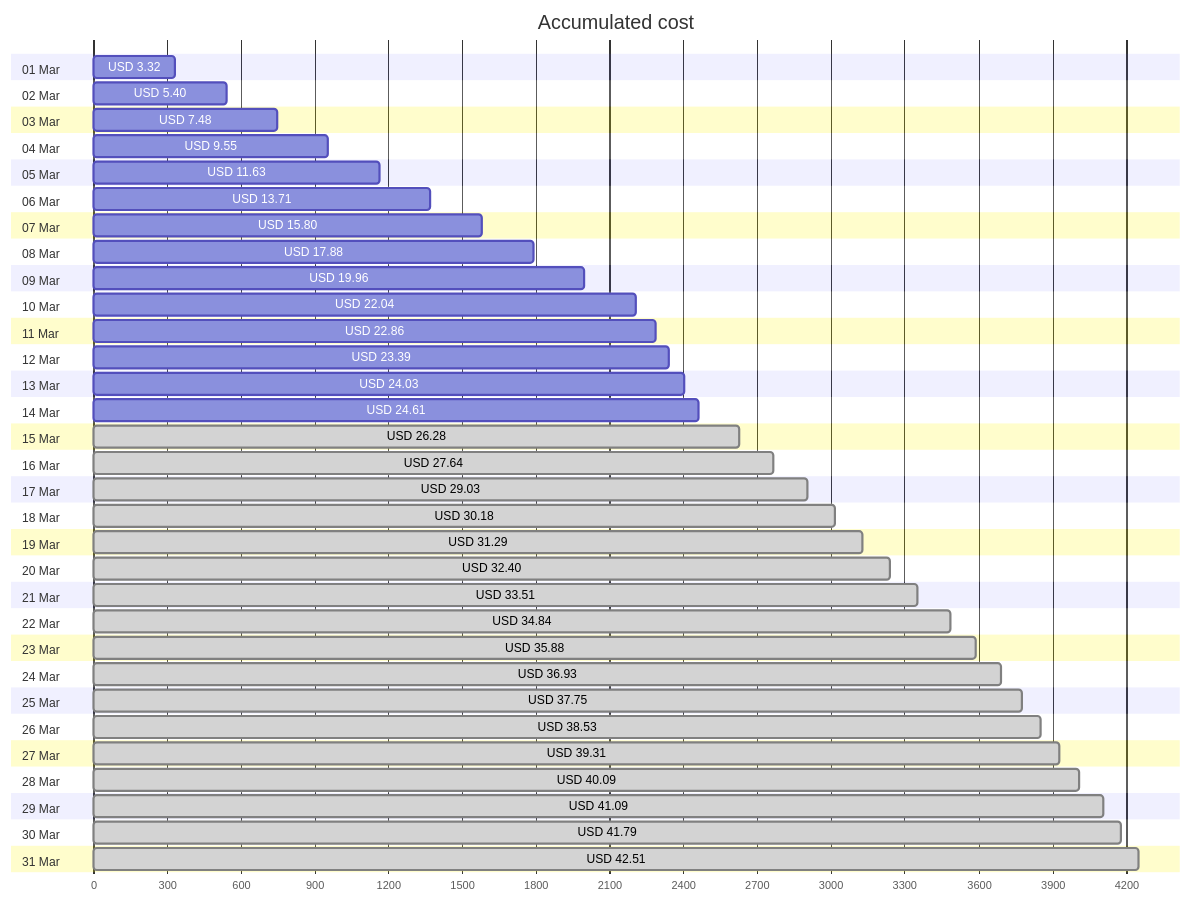
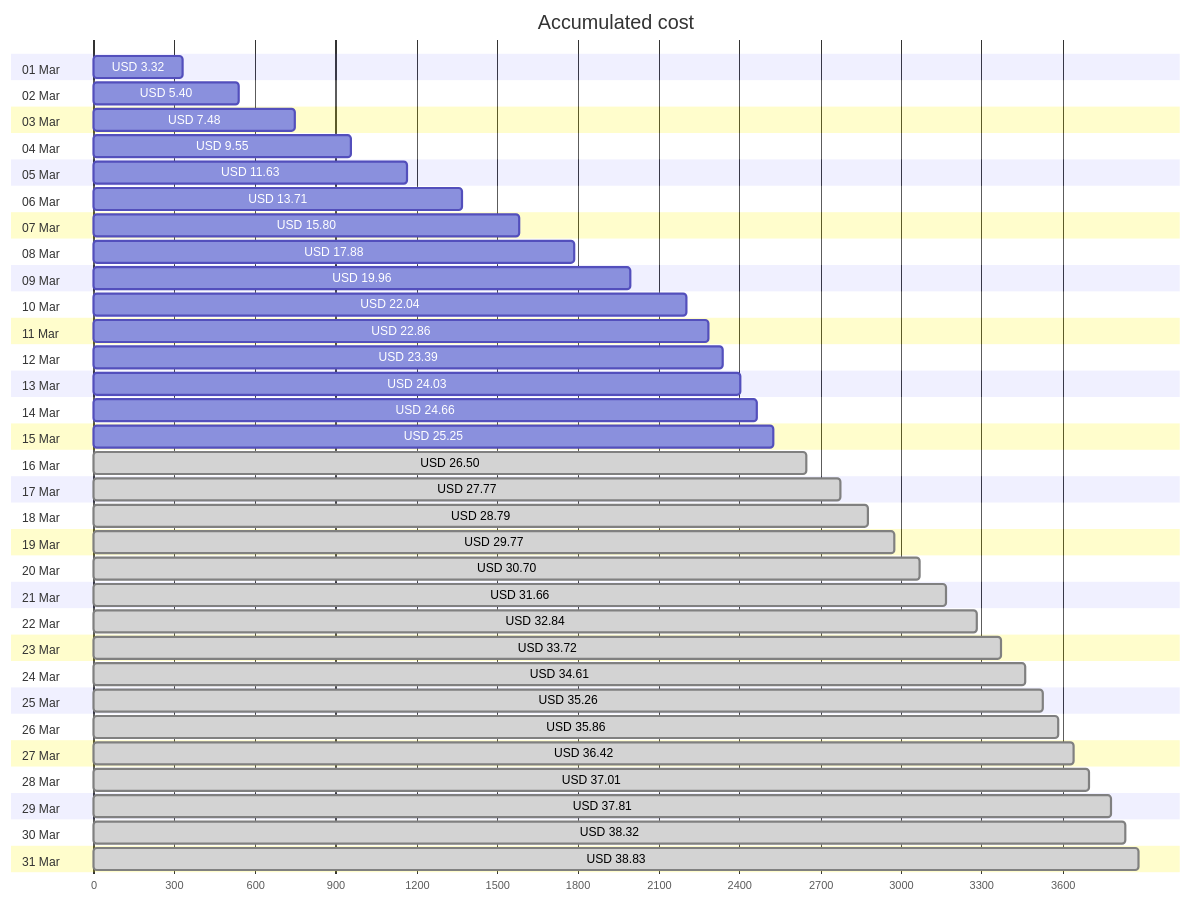
One commit to jpfulton/azure-personal-reports changed the first of 4 diagrams in cost-reports/accumulated-cost.md. Above: the diagram before and after it, drawn with Mermaid. The commit also changed other lines of this file and 4 other files, not shown here.

````diff
--- a/cost-reports/accumulated-cost.md
+++ b/cost-reports/accumulated-cost.md
@@ -20,68 +20,68 @@
 ```mermaid
 gantt
    title Accumulated cost
    dateFormat  X
    axisFormat %s
    section 01 Mar
    USD 3.32 :0, 332
    section 02 Mar
    USD 5.40 :0, 540
    section 03 Mar
    USD 7.48 :0, 748
    section 04 Mar
    USD 9.55 :0, 955
    section 05 Mar
    USD 11.63 :0, 1163
    section 06 Mar
    USD 13.71 :0, 1371
    section 07 Mar
    USD 15.80 :0, 1580
    section 08 Mar
    USD 17.88 :0, 1788
    section 09 Mar
    USD 19.96 :0, 1996
    section 10 Mar
    USD 22.04 :0, 2204
    section 11 Mar
    USD 22.86 :0, 2286
    section 12 Mar
    USD 23.39 :0, 2339
    section 13 Mar
    USD 24.03 :0, 2403
    section 14 Mar
-   USD 24.61 :0, 2461
+   USD 24.66 :0, 2466
    section 15 Mar
-   USD 26.28 : done, 0, 2628
+   USD 25.25 :0, 2525
    section 16 Mar
-   USD 27.64 : done, 0, 2764
+   USD 26.50 : done, 0, 2650
    section 17 Mar
-   USD 29.03 : done, 0, 2903
+   USD 27.77 : done, 0, 2777
    section 18 Mar
-   USD 30.18 : done, 0, 3018
+   USD 28.79 : done, 0, 2879
    section 19 Mar
-   USD 31.29 : done, 0, 3129
+   USD 29.77 : done, 0, 2977
    section 20 Mar
-   USD 32.40 : done, 0, 3240
+   USD 30.70 : done, 0, 3070
    section 21 Mar
-   USD 33.51 : done, 0, 3351
+   USD 31.66 : done, 0, 3166
    section 22 Mar
-   USD 34.84 : done, 0, 3484
+   USD 32.84 : done, 0, 3284
    section 23 Mar
-   USD 35.88 : done, 0, 3588
+   USD 33.72 : done, 0, 3372
    section 24 Mar
-   USD 36.93 : done, 0, 3693
+   USD 34.61 : done, 0, 3461
    section 25 Mar
-   USD 37.75 : done, 0, 3775
+   USD 35.26 : done, 0, 3526
    section 26 Mar
-   USD 38.53 : done, 0, 3853
+   USD 35.86 : done, 0, 3586
    section 27 Mar
-   USD 39.31 : done, 0, 3931
+   USD 36.42 : done, 0, 3642
    section 28 Mar
-   USD 40.09 : done, 0, 4009
+   USD 37.01 : done, 0, 3701
    section 29 Mar
-   USD 41.09 : done, 0, 4109
+   USD 37.81 : done, 0, 3781
    section 30 Mar
-   USD 41.79 : done, 0, 4179
+   USD 38.32 : done, 0, 3832
    section 31 Mar
-   USD 42.51 : done, 0, 4251
+   USD 38.83 : done, 0, 3883
 ```
````
